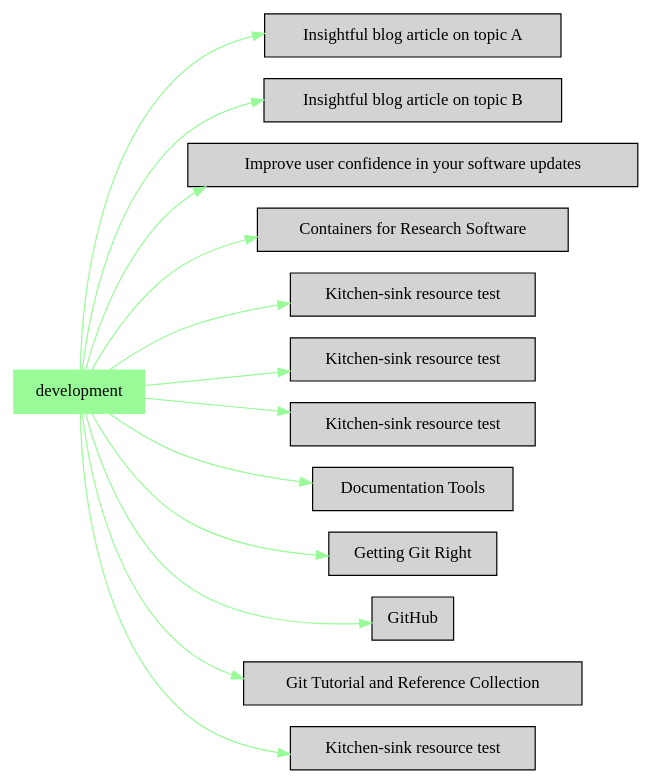
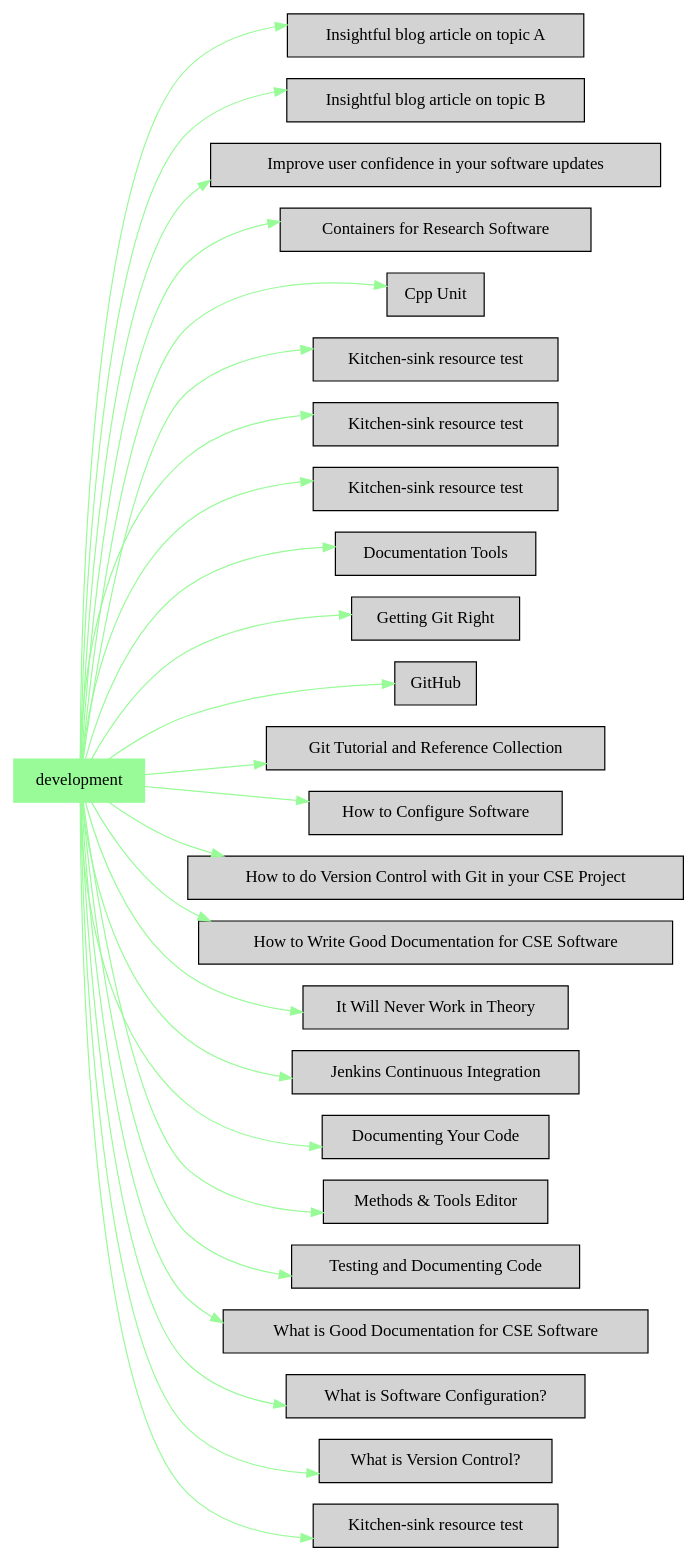
Before and after one commit to duongdo27/Dealii: the diagram in markdown/category_development.dot, drawn with Graphviz. The commit also changed 16 other files, not shown here.

```diff
--- a/markdown/category_development.dot
+++ b/markdown/category_development.dot
@@ -1,31 +1,55 @@
 digraph bettersoftware {
             rankdir = LR;
             ratio = fill;
             node [style=filled];
             node [shape = box];
 "development" [colorscheme="svg" color="palegreen"];
 "development" ->  "BlogArticleSkeletonA.md" [colorscheme="svg" color="palegreen"];
 "BlogArticleSkeletonA.md" [label="Insightful blog article on topic A" URL="http://bss.parallactic.com/resources/insightful-blog-article-on-topic-a"]
 "development" ->  "BlogArticleSkeletonB.md" [colorscheme="svg" color="palegreen"];
 "BlogArticleSkeletonB.md" [label="Insightful blog article on topic B" URL="http://bss.parallactic.com/resources/insightful-blog-article-on-topic-b"]
 "development" ->  "ImproveUserConfidenceInSwUpdates.md" [colorscheme="svg" color="palegreen"];
 "ImproveUserConfidenceInSwUpdates.md" [label="Improve user confidence in your software updates" URL="http://bss.parallactic.com/resources/improve-user-confidence-in-your-software-updates"]
 "development" ->  "ContainersForResearchSw.md" [colorscheme="svg" color="palegreen"];
 "ContainersForResearchSw.md" [label="Containers for Research Software" URL="http://bss.parallactic.com/resources/containers-for-research-software"]
+"development" ->  "CppUnit.md" [colorscheme="svg" color="palegreen"];
+"CppUnit.md" [label="Cpp Unit" URL="http://bss.parallactic.com/resources/cpp-unit"]
 "development" ->  "DocumentationTools.Doxygen.md" [colorscheme="svg" color="palegreen"];
 "DocumentationTools.Doxygen.md" [label="Kitchen-sink resource test" URL="http://bss.parallactic.com/resources/kitchen-sink-resource-test"]
 "development" ->  "DocumentationTools.ReadTheDocs.md" [colorscheme="svg" color="palegreen"];
 "DocumentationTools.ReadTheDocs.md" [label="Kitchen-sink resource test" URL="http://bss.parallactic.com/resources/kitchen-sink-resource-test"]
 "development" ->  "DocumentationTools.Sphinx.md" [colorscheme="svg" color="palegreen"];
 "DocumentationTools.Sphinx.md" [label="Kitchen-sink resource test" URL="http://bss.parallactic.com/resources/kitchen-sink-resource-test"]
 "development" ->  "DocumentationTools.md" [colorscheme="svg" color="palegreen"];
 "DocumentationTools.md" [label="Documentation Tools" URL="http://bss.parallactic.com/resources/documentation-tools"]
 "development" ->  "GettingGitRight.md" [colorscheme="svg" color="palegreen"];
 "GettingGitRight.md" [label="Getting Git Right" URL="http://bss.parallactic.com/resources/getting-git-right"]
 "development" ->  "GitHub.md" [colorscheme="svg" color="palegreen"];
 "GitHub.md" [label="GitHub" URL="http://bss.parallactic.com/resources/git-hub"]
 "development" ->  "GitTutorialAndReferenceCollection.md" [colorscheme="svg" color="palegreen"];
 "GitTutorialAndReferenceCollection.md" [label="Git Tutorial and Reference Collection" URL="http://bss.parallactic.com/resources/git-tutorial-and-reference-collection"]
+"development" ->  "HowToConfigureSw.md" [colorscheme="svg" color="palegreen"];
+"HowToConfigureSw.md" [label="How to Configure Software" URL="http://bss.parallactic.com/resources/how-to-configure-software"]
+"development" ->  "HowToDoVersionControlWithGitInYourCseProject.md" [colorscheme="svg" color="palegreen"];
+"HowToDoVersionControlWithGitInYourCseProject.md" [label="How to do Version Control with Git in your CSE Project" URL="http://bss.parallactic.com/resources/how-to-do-version-control-with-git-in-your-cse-project"]
+"development" ->  "HowToWriteGoodDocumentation.md" [colorscheme="svg" color="palegreen"];
+"HowToWriteGoodDocumentation.md" [label="How to Write Good Documentation for CSE Software" URL="http://bss.parallactic.com/resources/how-to-write-good-documentation-for-cse-software"]
+"development" ->  "ItWillNeverWorkInTheory.md" [colorscheme="svg" color="palegreen"];
+"ItWillNeverWorkInTheory.md" [label="It Will Never Work in Theory" URL="http://bss.parallactic.com/resources/it-will-never-work-in-theory"]
+"development" ->  "JenkinsCI.md" [colorscheme="svg" color="palegreen"];
+"JenkinsCI.md" [label="Jenkins Continuous Integration" URL="http://bss.parallactic.com/resources/jenkins-continuous-integration"]
+"development" ->  "KlinvexATPESC2016.md" [colorscheme="svg" color="palegreen"];
+"KlinvexATPESC2016.md" [label="Documenting Your Code" URL="http://bss.parallactic.com/resources/documenting-your-code"]
+"development" ->  "MethodsAndToolsEditor.md" [colorscheme="svg" color="palegreen"];
+"MethodsAndToolsEditor.md" [label="Methods & Tools Editor" URL="http://bss.parallactic.com/resources/methods-tools-editor"]
+"development" ->  "TestingAndDocumentingCode.md" [colorscheme="svg" color="palegreen"];
+"TestingAndDocumentingCode.md" [label="Testing and Documenting Code" URL="http://bss.parallactic.com/resources/testing-and-documenting-code"]
+"development" ->  "WhatIsGoodDocumentation.md" [colorscheme="svg" color="palegreen"];
+"WhatIsGoodDocumentation.md" [label="What is Good Documentation for CSE Software" URL="http://bss.parallactic.com/resources/what-is-good-documentation-for-cse-software"]
+"development" ->  "WhatIsSwConfiguration.md" [colorscheme="svg" color="palegreen"];
+"WhatIsSwConfiguration.md" [label="What is Software Configuration?" URL="http://bss.parallactic.com/resources/what-is-software-configuration?"]
+"development" ->  "WhatIsVersionControl.md" [colorscheme="svg" color="palegreen"];
+"WhatIsVersionControl.md" [label="What is Version Control?" URL="http://bss.parallactic.com/resources/what-is-version-control?"]
 "development" ->  "kitchen-sink-TEST.md" [colorscheme="svg" color="palegreen"];
 "kitchen-sink-TEST.md" [label="Kitchen-sink resource test" URL="http://bss.parallactic.com/resources/kitchen-sink-resource-test"]
 }
```
